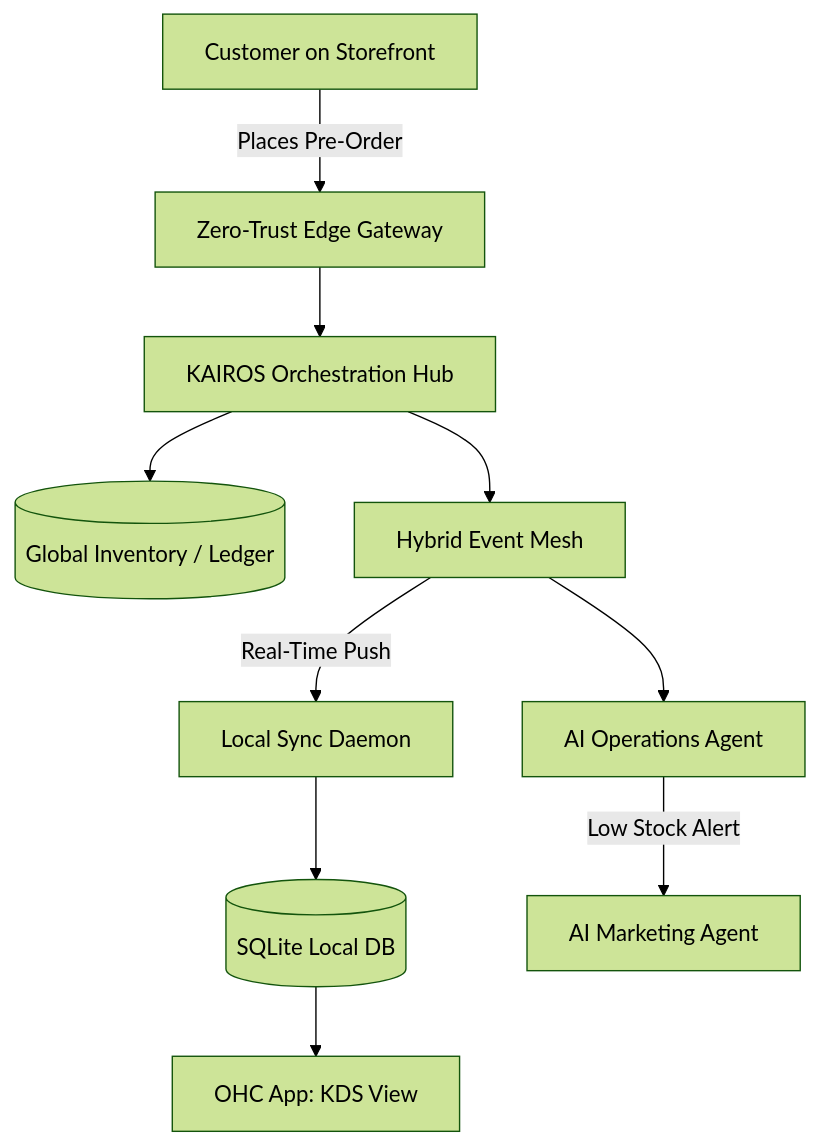
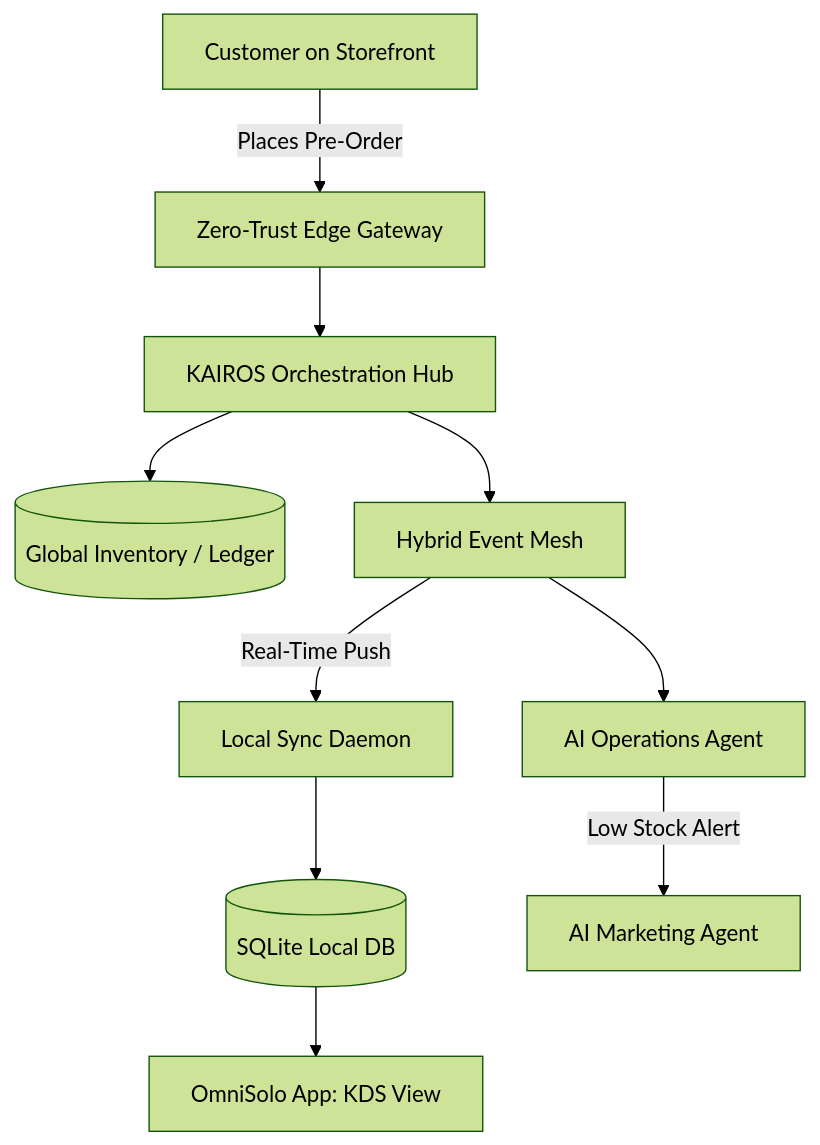
Before and after one commit to omnisolo-llc/onehumancorp: the diagram in docs/research/[architecture]_realtime_multilingual_kds_preorder_engine.md, drawn with Mermaid (forest theme). The commit also changed other lines of this file and 2191 other files, not shown here.

Commit message:
feat: complete OmniSolo rename and browser audit

````diff
--- a/docs/research/[architecture]_realtime_multilingual_kds_preorder_engine.md
+++ b/docs/research/[architecture]_realtime_multilingual_kds_preorder_engine.md
@@ -16,12 +16,12 @@
 ```mermaid
 graph TD;
     Customer[Customer on Storefront] -->|Places Pre-Order| Gateway[Zero-Trust Edge Gateway];
     Gateway --> KAIROS[KAIROS Orchestration Hub];
     KAIROS --> Inventory[(Global Inventory / Ledger)];
     KAIROS --> EventMesh[Hybrid Event Mesh];
     EventMesh -->|Real-Time Push| SyncDaemon[Local Sync Daemon];
     SyncDaemon --> LocalDB[(SQLite Local DB)];
-    LocalDB --> KDS_UI[OHC App: KDS View];
+    LocalDB --> KDS_UI[OmniSolo App: KDS View];
     EventMesh --> OperationsAgent[AI Operations Agent];
     OperationsAgent -->|Low Stock Alert| MarketingAgent[AI Marketing Agent];
 ```
````
